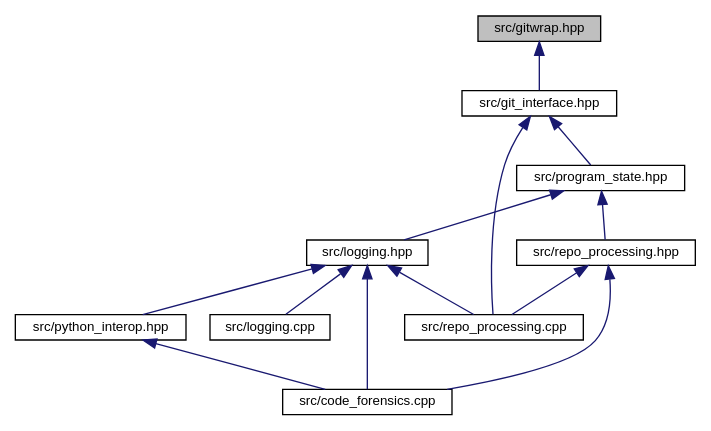
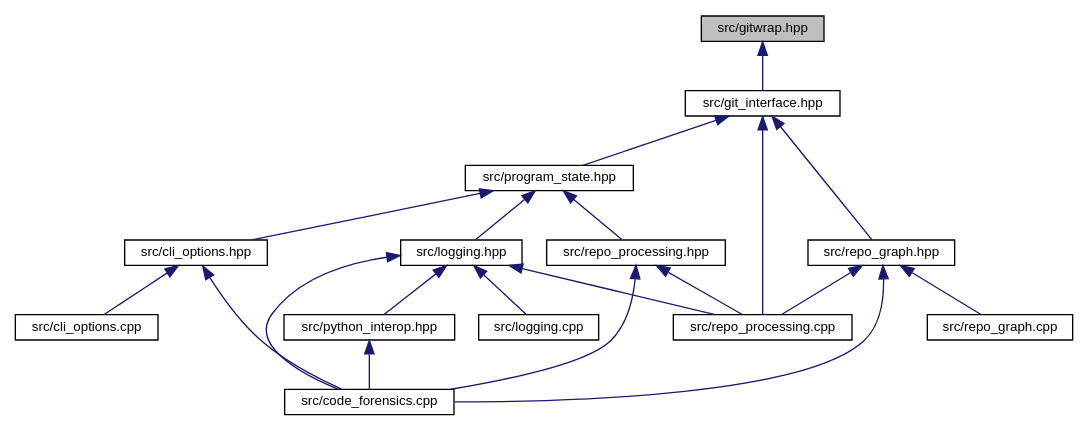
The diagram in gitwrap_8hpp__dep__incl.dot (haxscramper/code_forensics), drawn with Graphviz before and after one commit. The commit also changed 410 other files, not shown here.

```diff
--- a/gitwrap_8hpp__dep__incl.dot
+++ b/gitwrap_8hpp__dep__incl.dot
@@ -1,27 +1,38 @@
 digraph "src/gitwrap.hpp"
 {
  // LATEX_PDF_SIZE
   edge [fontname="Helvetica",fontsize="10",labelfontname="Helvetica",labelfontsize="10"];
   node [fontname="Helvetica",fontsize="10",shape=record];
   Node1 [label="src/gitwrap.hpp",height=0.2,width=0.4,color="black", fillcolor="grey75", style="filled", fontcolor="black",tooltip=" "];
   Node1 -> Node2 [dir="back",color="midnightblue",fontsize="10",style="solid",fontname="Helvetica"];
   Node2 [label="src/git_interface.hpp",height=0.2,width=0.4,color="black", fillcolor="white", style="filled",URL="$git__interface_8hpp.html",tooltip=" "];
   Node2 -> Node3 [dir="back",color="midnightblue",fontsize="10",style="solid",fontname="Helvetica"];
   Node3 [label="src/program_state.hpp",height=0.2,width=0.4,color="black", fillcolor="white", style="filled",URL="$program__state_8hpp.html",tooltip="Main code analysis state and configuration classes."];
   Node3 -> Node4 [dir="back",color="midnightblue",fontsize="10",style="solid",fontname="Helvetica"];
-  Node4 [label="src/logging.hpp",height=0.2,width=0.4,color="black", fillcolor="white", style="filled",URL="$logging_8hpp.html",tooltip=" "];
+  Node4 [label="src/cli_options.hpp",height=0.2,width=0.4,color="black", fillcolor="white", style="filled",URL="$cli__options_8hpp.html",tooltip=" "];
   Node4 -> Node5 [dir="back",color="midnightblue",fontsize="10",style="solid",fontname="Helvetica"];
-  Node5 [label="src/python_interop.hpp",height=0.2,width=0.4,color="black", fillcolor="white", style="filled",URL="$python__interop_8hpp.html",tooltip="Python module definition and interfacing classes."];
-  Node5 -> Node6 [dir="back",color="midnightblue",fontsize="10",style="solid",fontname="Helvetica"];
+  Node5 [label="src/cli_options.cpp",height=0.2,width=0.4,color="black", fillcolor="white", style="filled",URL="$cli__options_8cpp.html",tooltip=" "];
+  Node4 -> Node6 [dir="back",color="midnightblue",fontsize="10",style="solid",fontname="Helvetica"];
   Node6 [label="src/code_forensics.cpp",height=0.2,width=0.4,color="black", fillcolor="white", style="filled",URL="$code__forensics_8cpp.html",tooltip=" "];
-  Node4 -> Node6 [dir="back",color="midnightblue",fontsize="10",style="solid",fontname="Helvetica"];
-  Node4 -> Node7 [dir="back",color="midnightblue",fontsize="10",style="solid",fontname="Helvetica"];
-  Node7 [label="src/logging.cpp",height=0.2,width=0.4,color="black", fillcolor="white", style="filled",URL="$logging_8cpp.html",tooltip=" "];
-  Node4 -> Node8 [dir="back",color="midnightblue",fontsize="10",style="solid",fontname="Helvetica"];
-  Node8 [label="src/repo_processing.cpp",height=0.2,width=0.4,color="black", fillcolor="white", style="filled",URL="$repo__processing_8cpp.html",tooltip="repository processing algorithms"];
-  Node3 -> Node9 [dir="back",color="midnightblue",fontsize="10",style="solid",fontname="Helvetica"];
-  Node9 [label="src/repo_processing.hpp",height=0.2,width=0.4,color="black", fillcolor="white", style="filled",URL="$repo__processing_8hpp.html",tooltip="Headers for the repository processing algorithms."];
-  Node9 -> Node6 [dir="back",color="midnightblue",fontsize="10",style="solid",fontname="Helvetica"];
-  Node9 -> Node8 [dir="back",color="midnightblue",fontsize="10",style="solid",fontname="Helvetica"];
-  Node2 -> Node8 [dir="back",color="midnightblue",fontsize="10",style="solid",fontname="Helvetica"];
+  Node3 -> Node7 [dir="back",color="midnightblue",fontsize="10",style="solid",fontname="Helvetica"];
+  Node7 [label="src/logging.hpp",height=0.2,width=0.4,color="black", fillcolor="white", style="filled",URL="$logging_8hpp.html",tooltip=" "];
+  Node7 -> Node8 [dir="back",color="midnightblue",fontsize="10",style="solid",fontname="Helvetica"];
+  Node8 [label="src/python_interop.hpp",height=0.2,width=0.4,color="black", fillcolor="white", style="filled",URL="$python__interop_8hpp.html",tooltip="Python module definition and interfacing classes."];
+  Node8 -> Node6 [dir="back",color="midnightblue",fontsize="10",style="solid",fontname="Helvetica"];
+  Node7 -> Node6 [dir="back",color="midnightblue",fontsize="10",style="solid",fontname="Helvetica"];
+  Node7 -> Node9 [dir="back",color="midnightblue",fontsize="10",style="solid",fontname="Helvetica"];
+  Node9 [label="src/logging.cpp",height=0.2,width=0.4,color="black", fillcolor="white", style="filled",URL="$logging_8cpp.html",tooltip=" "];
+  Node7 -> Node10 [dir="back",color="midnightblue",fontsize="10",style="solid",fontname="Helvetica"];
+  Node10 [label="src/repo_processing.cpp",height=0.2,width=0.4,color="black", fillcolor="white", style="filled",URL="$repo__processing_8cpp.html",tooltip="repository processing algorithms"];
+  Node3 -> Node11 [dir="back",color="midnightblue",fontsize="10",style="solid",fontname="Helvetica"];
+  Node11 [label="src/repo_processing.hpp",height=0.2,width=0.4,color="black", fillcolor="white", style="filled",URL="$repo__processing_8hpp.html",tooltip="Headers for the repository processing algorithms."];
+  Node11 -> Node6 [dir="back",color="midnightblue",fontsize="10",style="solid",fontname="Helvetica"];
+  Node11 -> Node10 [dir="back",color="midnightblue",fontsize="10",style="solid",fontname="Helvetica"];
+  Node2 -> Node12 [dir="back",color="midnightblue",fontsize="10",style="solid",fontname="Helvetica"];
+  Node12 [label="src/repo_graph.hpp",height=0.2,width=0.4,color="black", fillcolor="white", style="filled",URL="$repo__graph_8hpp.html",tooltip=" "];
+  Node12 -> Node6 [dir="back",color="midnightblue",fontsize="10",style="solid",fontname="Helvetica"];
+  Node12 -> Node13 [dir="back",color="midnightblue",fontsize="10",style="solid",fontname="Helvetica"];
+  Node13 [label="src/repo_graph.cpp",height=0.2,width=0.4,color="black", fillcolor="white", style="filled",URL="$repo__graph_8cpp.html",tooltip=" "];
+  Node12 -> Node10 [dir="back",color="midnightblue",fontsize="10",style="solid",fontname="Helvetica"];
+  Node2 -> Node10 [dir="back",color="midnightblue",fontsize="10",style="solid",fontname="Helvetica"];
 }
```
